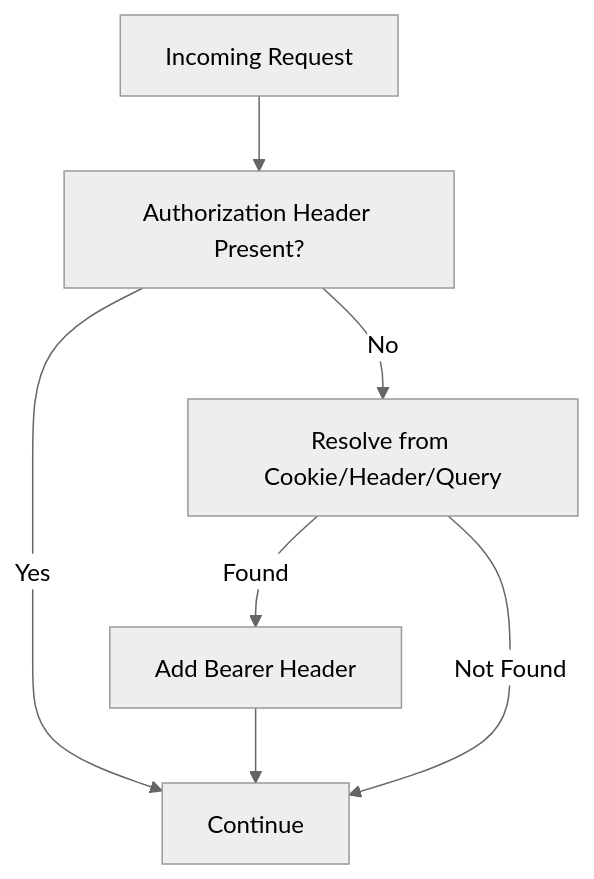
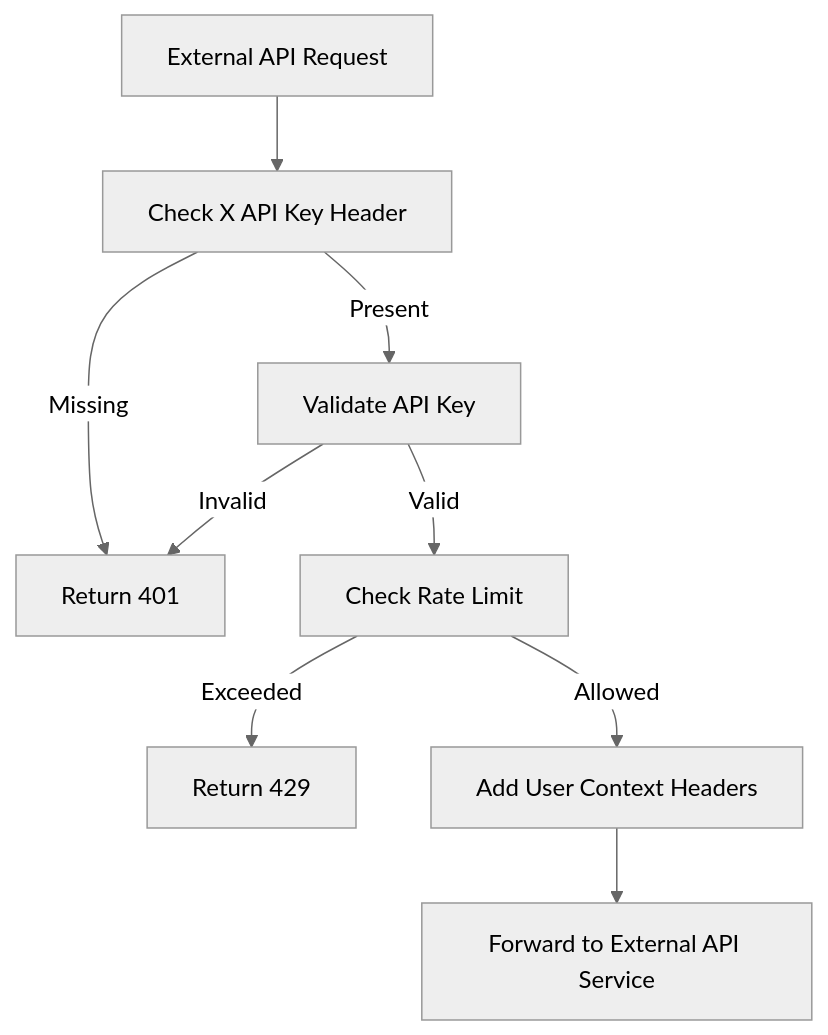
One commit to Praesto-Pro/openframe-oss-tenant changed the sixth of 8 diagrams in docs/architecture/gateway-service-core/gateway-service-core.md. Above: the diagram before and after it, drawn with Mermaid (neutral theme). The commit also changed other lines of this file and 149 other files, not shown here.

````diff
--- a/docs/architecture/gateway-service-core/gateway-service-core.md
+++ b/docs/architecture/gateway-service-core/gateway-service-core.md
@@ -237,9 +193,11 @@
 ```mermaid
 flowchart TD
-    Request["Incoming Request"] --> CheckHeader["Authorization Header Present?"]
-    CheckHeader -->|"Yes"| Continue
-    CheckHeader -->|"No"| ResolveToken["Resolve from Cookie/Header/Query"]
-    ResolveToken -->|"Found"| InjectHeader["Add Bearer Header"]
-    InjectHeader --> Continue
-    ResolveToken -->|"Not Found"| Continue
+    Req["External API Request"] --> CheckKey["Check X API Key Header"]
+    CheckKey -->|"Missing"| Unauthorized["Return 401"]
+    CheckKey -->|"Present"| Validate["Validate API Key"]
+    Validate -->|"Invalid"| Unauthorized
+    Validate -->|"Valid"| RateLimit["Check Rate Limit"]
+    RateLimit -->|"Exceeded"| TooMany["Return 429"]
+    RateLimit -->|"Allowed"| Enrich["Add User Context Headers"]
+    Enrich --> Forward["Forward to External API Service"]
 ```
````
